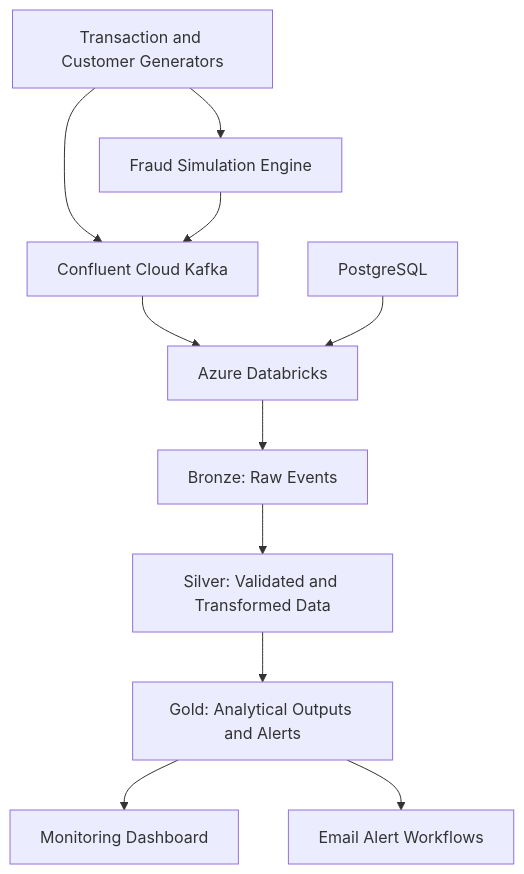
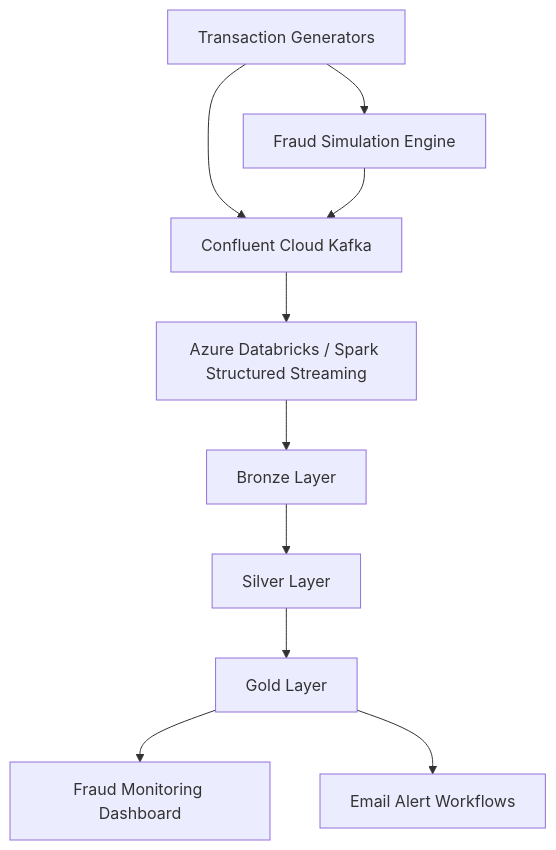
One commit to viradidi/finguard-realtime-streaming changed the diagram in README.md. Above: the diagram before and after it, drawn with Mermaid. The commit also changed other lines of this file, not shown here.

Commit message:
Fix README architecture diagram

````diff
--- a/README.md
+++ b/README.md
@@ -17,24 +19,22 @@
 ```mermaid
 flowchart TD
-    A[Transaction and Customer Generators]
-    B[Fraud Simulation Engine]
-    C[Confluent Cloud Kafka]
-    D[Azure Databricks]
-    E[Bronze: Raw Events]
-    F[Silver: Validated and Transformed Data]
-    G[Gold: Analytical Outputs and Alerts]
-    H[PostgreSQL]
-    I[Monitoring Dashboard]
-    J[Email Alert Workflows]
+    A["Transaction Generators"]
+    B["Fraud Simulation Engine"]
+    C["Confluent Cloud Kafka"]
+    D["Azure Databricks / Spark Structured Streaming"]
+    E["Bronze Layer"]
+    F["Silver Layer"]
+    G["Gold Layer"]
+    H["Fraud Monitoring Dashboard"]
+    I["Email Alert Workflows"]
 
     A --> B
     A --> C
     B --> C
     C --> D
     D --> E
     E --> F
     F --> G
+    G --> H
     G --> I
-    G --> J
-    H --> D
 ```
````
